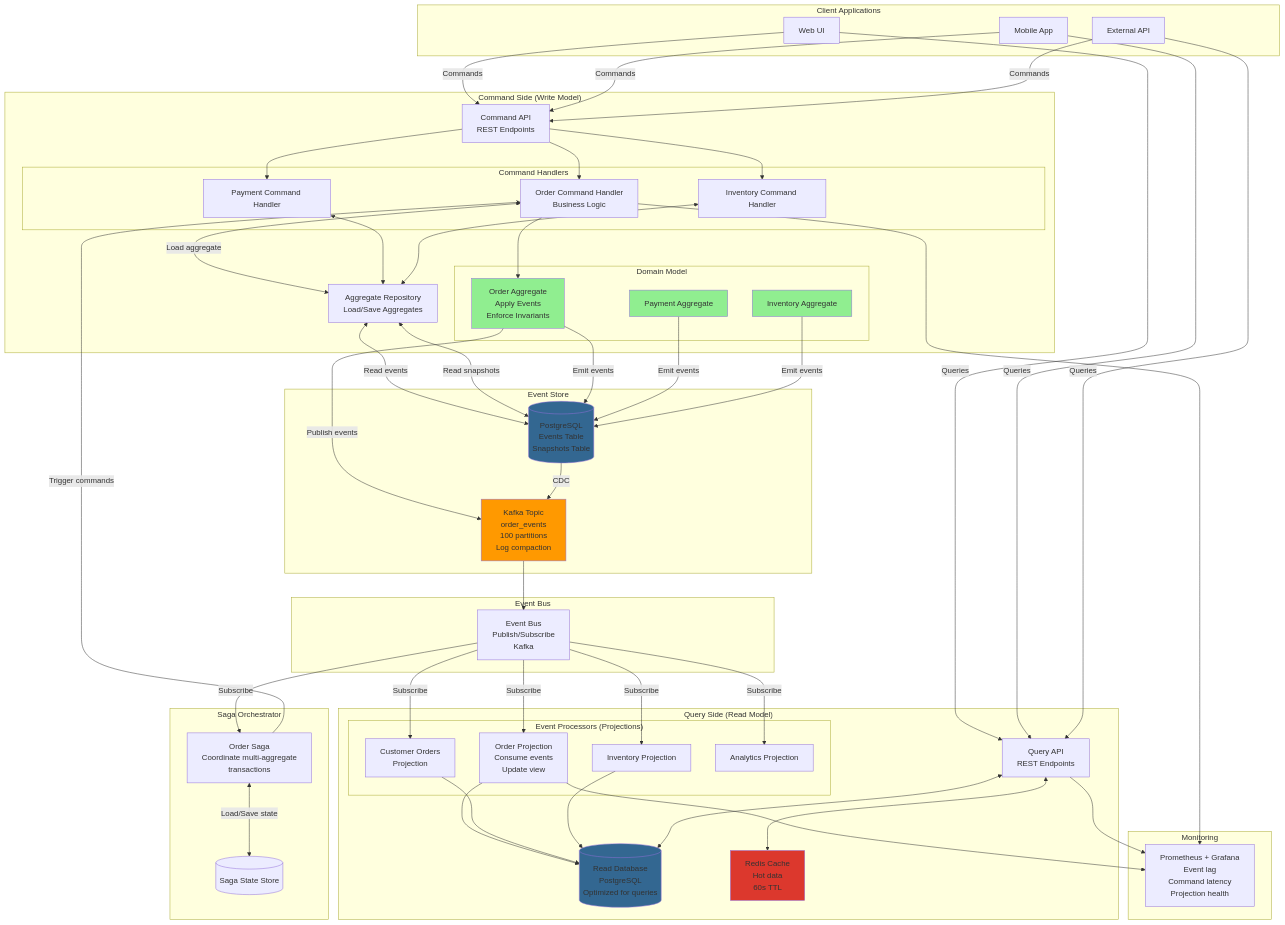
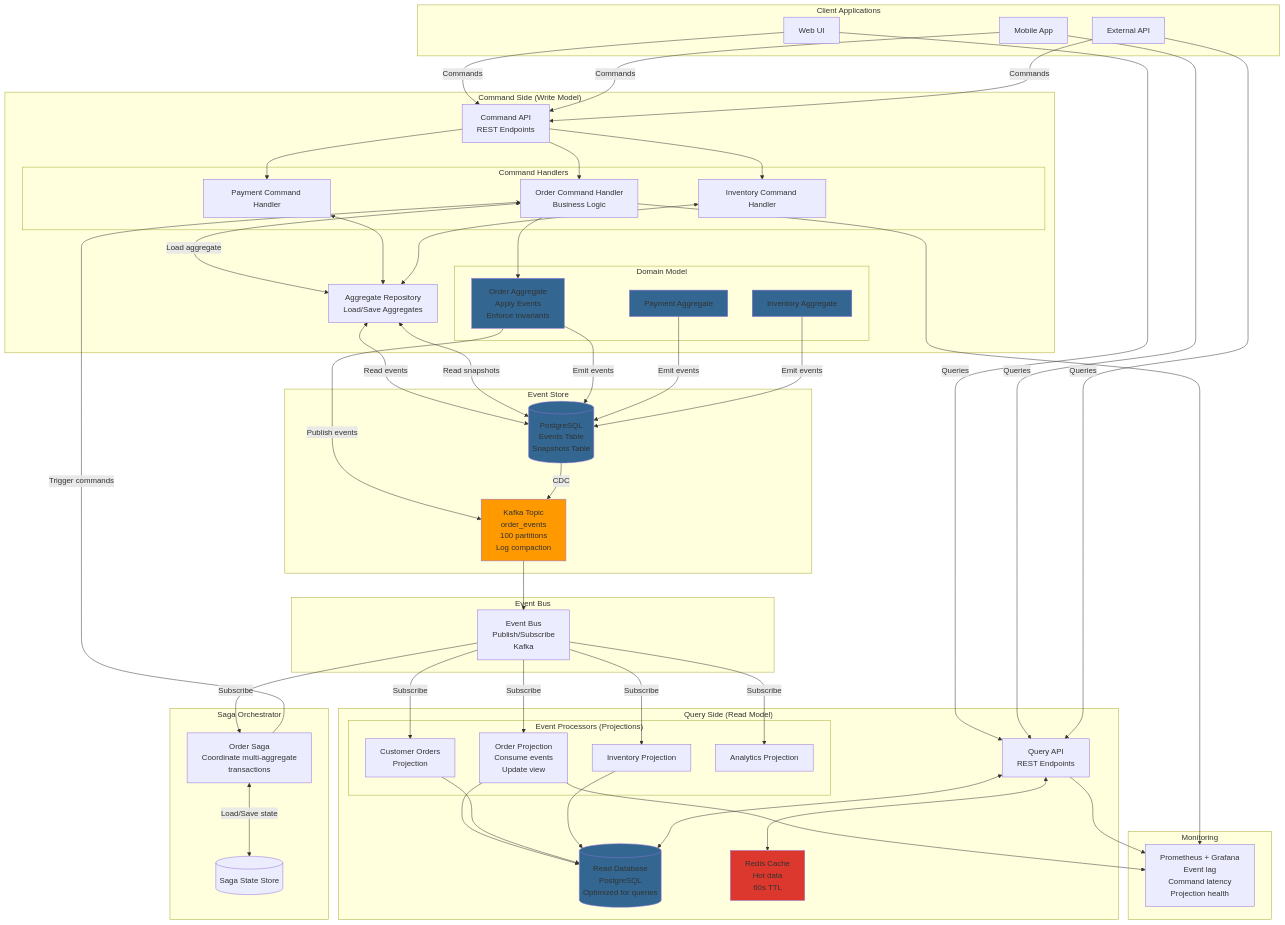
The diagram in Distributed Systems/System Design/Event Sourcing System (E-commerce Order Management.md (atulRanaa/problem-solving), drawn with Mermaid before and after one commit. The commit also changed 22 other files, not shown here.

```diff
--- a/Distributed Systems/System Design/Event Sourcing System (E-commerce Order Management.md
+++ b/Distributed Systems/System Design/Event Sourcing System (E-commerce Order Management.md
@@ -692,9 +692,9 @@
     ORDER_PROJ --> MON
     QUERY_API --> MON
     
-    style ORDER_AGG fill:#90EE90
-    style PAYMENT_AGG fill:#90EE90
-    style INVENTORY_AGG fill:#90EE90
+    style ORDER_AGG fill:#336791
+    style PAYMENT_AGG fill:#336791
+    style INVENTORY_AGG fill:#336791
     style PG_EVENTS fill:#336791
     style KAFKA_EVENTS fill:#ff9900
     style READ_DB fill:#336791
```
